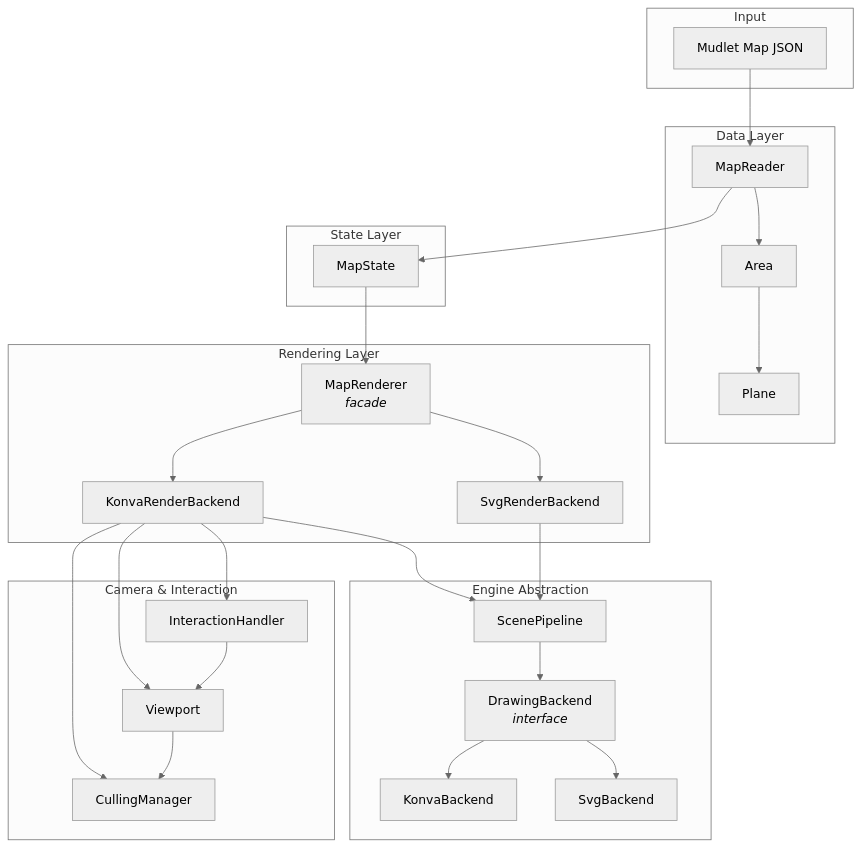
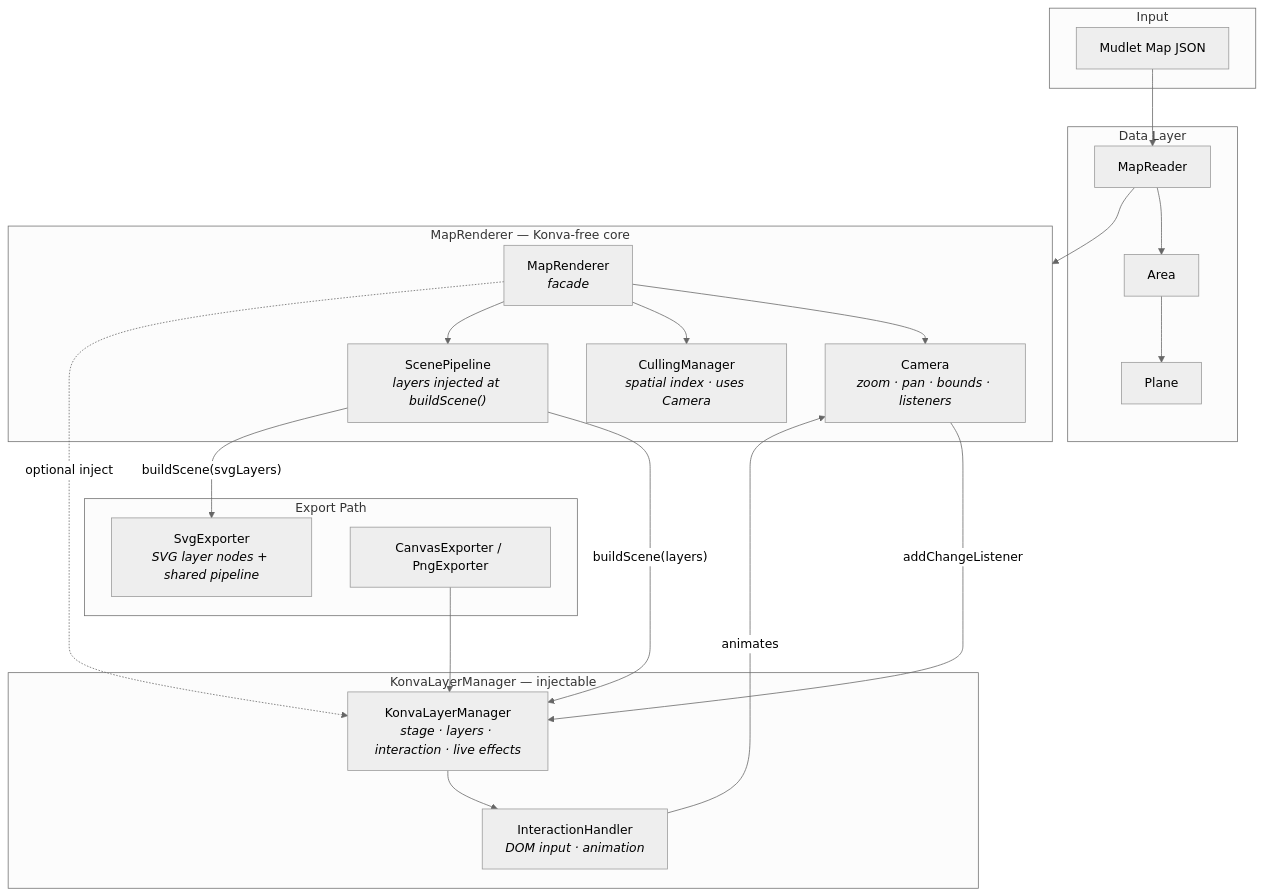
One commit to Delwing/mudlet-map-renderer changed the first of 12 diagrams in docs/architecture.md. Above: the diagram before and after it, drawn with Mermaid (neutral theme). The commit also changed other lines of this file, not shown here.

Commit message:
Update architecture.md to reflect unified renderer refactor

````diff
--- a/docs/architecture.md
+++ b/docs/architecture.md
@@ -9,52 +9,43 @@
 ```mermaid
 flowchart TB
     subgraph Input
         JSON["Mudlet Map JSON"]
     end
 
     subgraph Data["Data Layer"]
         MR[MapReader]
         Area[Area]
         Plane[Plane]
     end
 
-    subgraph State["State Layer"]
-        MS[MapState]
+    subgraph Core["MapRenderer — Konva-free core"]
+        Facade["MapRenderer<br/><i>facade</i>"]
+        CAM["Camera<br/><i>zoom · pan · bounds · listeners</i>"]
+        CM["CullingManager<br/><i>spatial index · uses Camera</i>"]
+        SP["ScenePipeline<br/><i>layers injected at buildScene()</i>"]
     end
 
-    subgraph Rendering["Rendering Layer"]
-        Facade[MapRenderer<br/><i>facade</i>]
-        KB[KonvaRenderBackend]
-        SB[SvgRenderBackend]
+    subgraph KonvaBackend["KonvaLayerManager — injectable"]
+        KLM["KonvaLayerManager<br/><i>stage · layers · interaction · live effects</i>"]
+        IH["InteractionHandler<br/><i>DOM input · animation</i>"]
     end
 
-    subgraph Engine["Engine Abstraction"]
-        SP[ScenePipeline]
-        DB["DrawingBackend<br/><i>interface</i>"]
-        KDB[KonvaBackend]
-        SDB[SvgBackend]
-    end
-
-    subgraph Viewport["Camera & Interaction"]
-        VP[Viewport]
-        CM[CullingManager]
-        IH[InteractionHandler]
+    subgraph Exporters["Export Path"]
+        SVG["SvgExporter<br/><i>SVG layer nodes + shared pipeline</i>"]
+        PNG["CanvasExporter / PngExporter"]
     end
 
     JSON --> MR
     MR --> Area --> Plane
-    MR --> MS
-    MS --> Facade
-    Facade --> KB
-    Facade --> SB
-    KB --> SP
-    SB --> SP
-    SP --> DB
-    DB --> KDB
-    DB --> SDB
-    KB --> VP
-    KB --> CM
-    KB --> IH
-    IH --> VP
-    VP --> CM
+    MR --> Core
+    Facade --> CAM
+    Facade --> CM
+    Facade --> SP
+    Facade -. "optional inject" .-> KLM
+    KLM --> IH
+    IH -- animates --> CAM
+    CAM -- addChangeListener --> KLM
+    SP -- "buildScene(layers)" --> KLM
+    SP -- "buildScene(svgLayers)" --> SVG
+    PNG --> KLM
 ```
````
